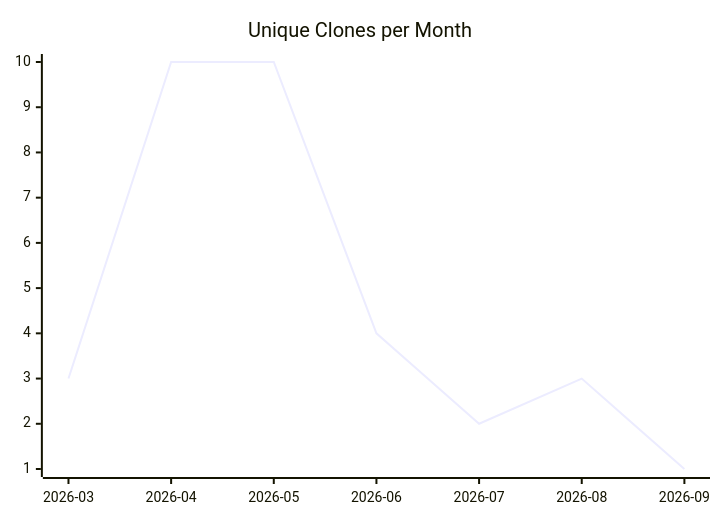
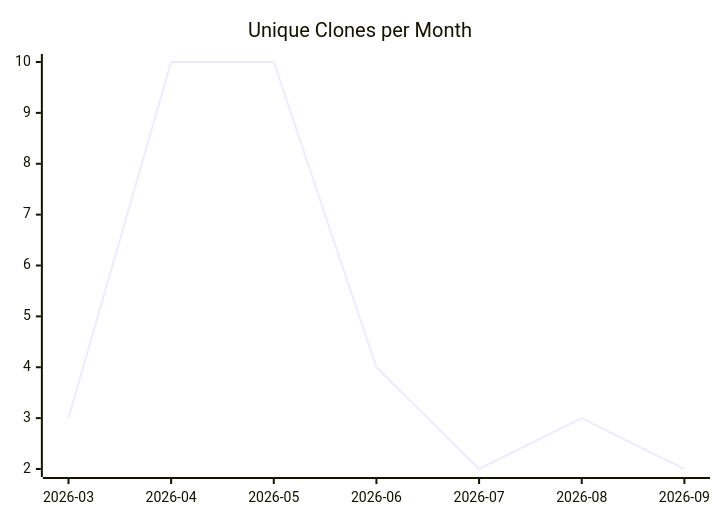
One commit to justdavis-family/github-analytics-data changed the third of 3 diagrams in karlmdavis/stockfighter-trades-solutions/README.md. Above: the diagram before and after it, drawn with Mermaid. The commit also changed other lines of this file and 191 other files, not shown here.

````diff
--- a/karlmdavis/stockfighter-trades-solutions/README.md
+++ b/karlmdavis/stockfighter-trades-solutions/README.md
@@ -19,6 +19,6 @@
 ```mermaid
 xychart-beta
   title "Unique Clones per Month"
   x-axis ["2026-03", "2026-04", "2026-05", "2026-06", "2026-07", "2026-08", "2026-09"]
-  line [3, 10, 10, 4, 2, 3, 1]
+  line [3, 10, 10, 4, 2, 3, 2]
 ```
````
